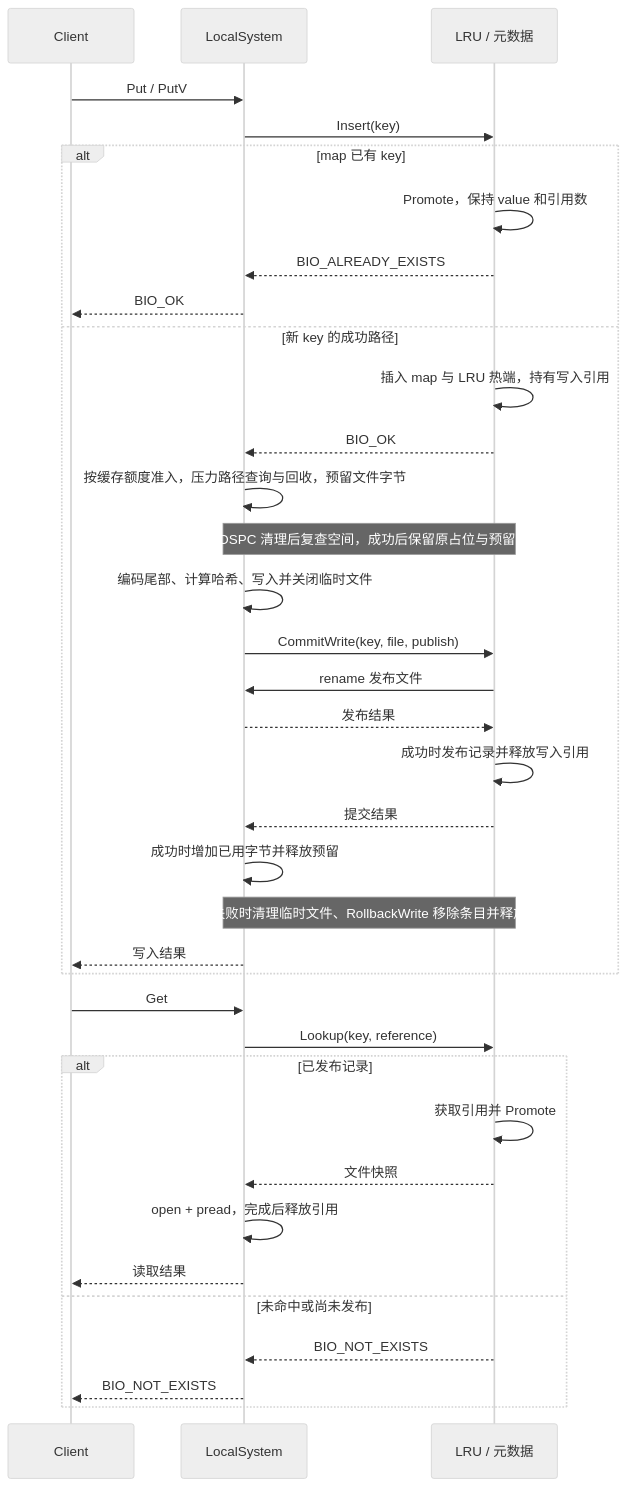
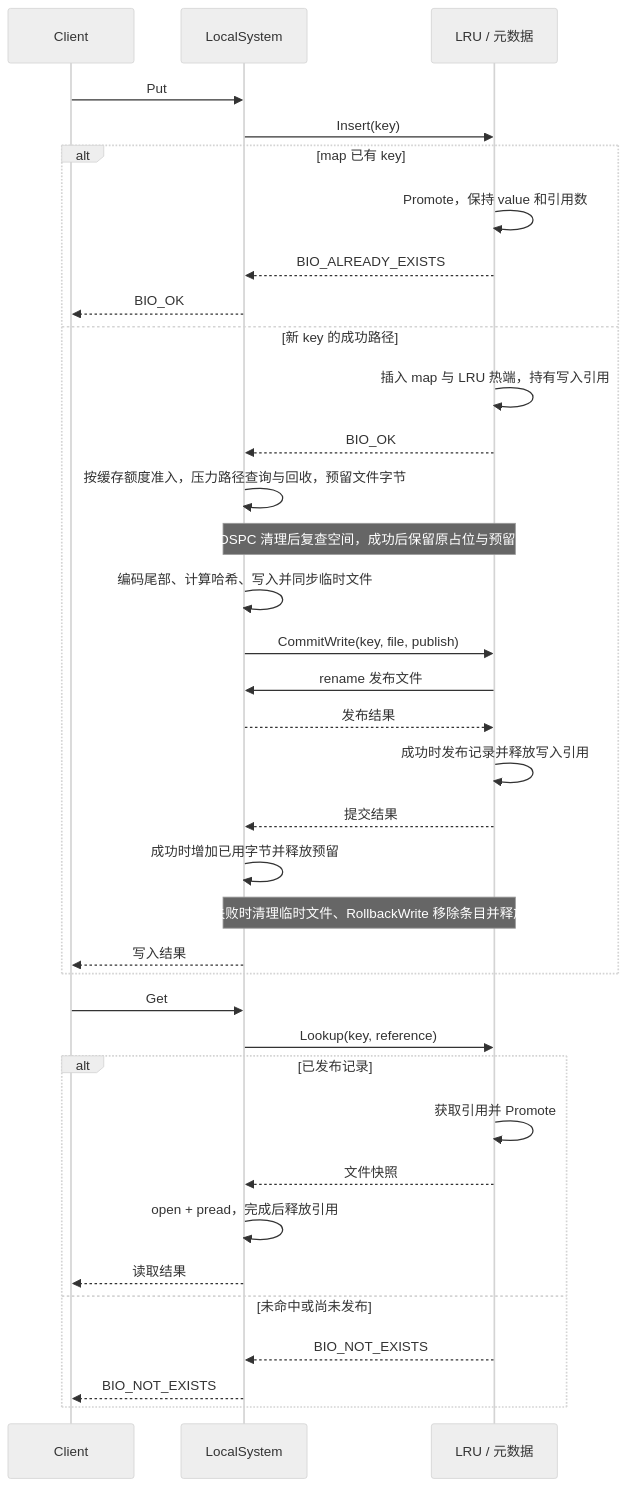
The first of 2 diagrams in docs/ubsio-boostio/localfs_design.md (jssaxx/ubs-io), drawn with Mermaid (neutral theme) before and after one commit. The commit also changed other lines of this file and 23 other files, not shown here.

````diff
--- a/docs/ubsio-boostio/localfs_design.md
+++ b/docs/ubsio-boostio/localfs_design.md
@@ -171,38 +171,38 @@
 ```mermaid
 sequenceDiagram
     participant C as Client
     participant L as LocalSystem
     participant P as LRU / 元数据
-    C->>L: Put / PutV
+    C->>L: Put
     L->>P: Insert(key)
     alt map 已有 key
         P->>P: Promote，保持 value 和引用数
         P-->>L: BIO_ALREADY_EXISTS
         L-->>C: BIO_OK
     else 新 key 的成功路径
         P->>P: 插入 map 与 LRU 热端，持有写入引用
         P-->>L: BIO_OK
         L->>L: 按缓存额度准入，压力路径查询与回收，预留文件字节
         Note over L,P: 首次 ENOSPC 清理后复查空间，成功后保留原占位与预留重试一次
-        L->>L: 编码尾部、计算哈希、写入并关闭临时文件
+        L->>L: 编码尾部、计算哈希、写入并同步临时文件
         L->>P: CommitWrite(key, file, publish)
         P->>L: rename 发布文件
         L-->>P: 发布结果
         P->>P: 成功时发布记录并释放写入引用
         P-->>L: 提交结果
         L->>L: 成功时增加已用字节并释放预留
         Note over L,P: 最终失败时清理临时文件、RollbackWrite 移除条目并释放预留
         L-->>C: 写入结果
     end
     C->>L: Get
     L->>P: Lookup(key, reference)
     alt 已发布记录
         P->>P: 获取引用并 Promote
         P-->>L: 文件快照
         L->>L: open + pread，完成后释放引用
         L-->>C: 读取结果
     else 未命中或尚未发布
         P-->>L: BIO_NOT_EXISTS
         L-->>C: BIO_NOT_EXISTS
     end
 ```
````
